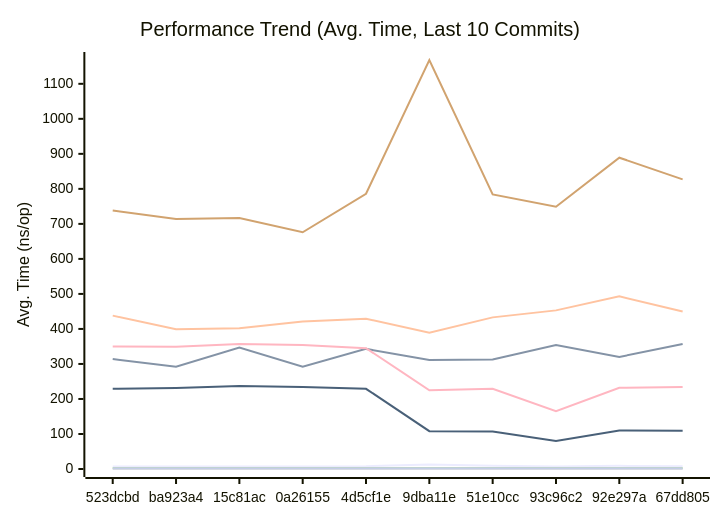
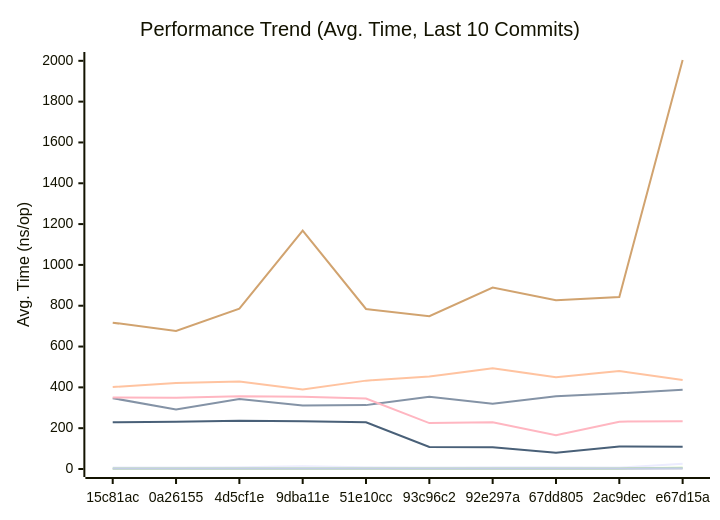
The first of 3 diagrams in docs/PERFORMANCE.md (alsotoes/momo), drawn with Mermaid before and after one commit. The commit also changed other lines of this file and 4 other files, not shown here.

````diff
--- a/docs/PERFORMANCE.md
+++ b/docs/PERFORMANCE.md
@@ -80,16 +80,16 @@
 ```mermaid
 xychart-beta
     title "Performance Trend (Avg. Time, Last 10 Commits)"
     x-axis "Commit"
     y-axis "Avg. Time (ns/op)"
-    x-axis [523dcbd,ba923a4,15c81ac,0a26155,4d5cf1e,9dba11e,51e10cc,93c96c2,92e297a,67dd805]
-    line "CheckMetricsAndSwap" [7,7,7,7,8,13,9,7,9,8]
-    line "CrushOptimized" [314,292,347,292,343,311,313,354,320,357]
-    line "CrushOriginal" [438,399,402,421,429,389,433,453,493,450]
-    line "IndexDirectTracking" [0,0,0,0,0,0,0,0,0,0]
-    line "IndexSearch" [3,3,3,3,3,3,3,3,3,3]
-    line "LoadGlobalConfig" [738,714,717,676,786,1168,784,749,889,827]
-    line "PadString" [2,2,2,2,2,2,2,2,2,2]
+    x-axis [15c81ac,0a26155,4d5cf1e,9dba11e,51e10cc,93c96c2,92e297a,67dd805,2ac9dec,e67d15a]
+    line "CheckMetricsAndSwap" [7,7,8,13,9,7,9,8,7,26]
+    line "CrushOptimized" [347,292,343,311,313,354,320,357,371,388]
+    line "CrushOriginal" [402,421,429,389,433,453,493,450,480,436]
+    line "IndexDirectTracking" [0,0,0,0,0,0,0,0,0,1]
+    line "IndexSearch" [3,3,3,3,3,3,3,3,3,6]
+    line "LoadGlobalConfig" [717,676,786,1168,784,749,889,827,843,2004]
+    line "PadString" [2,2,2,2,2,2,2,2,2,4]
     line "ParseReplicationOrder_NoPrealloc" [350,349,357,354,345,225,229,165,232,234]
     line "ParseReplicationOrder_Prealloc" [229,231,237,234,229,108,107,80,110,109]
 ```
````
